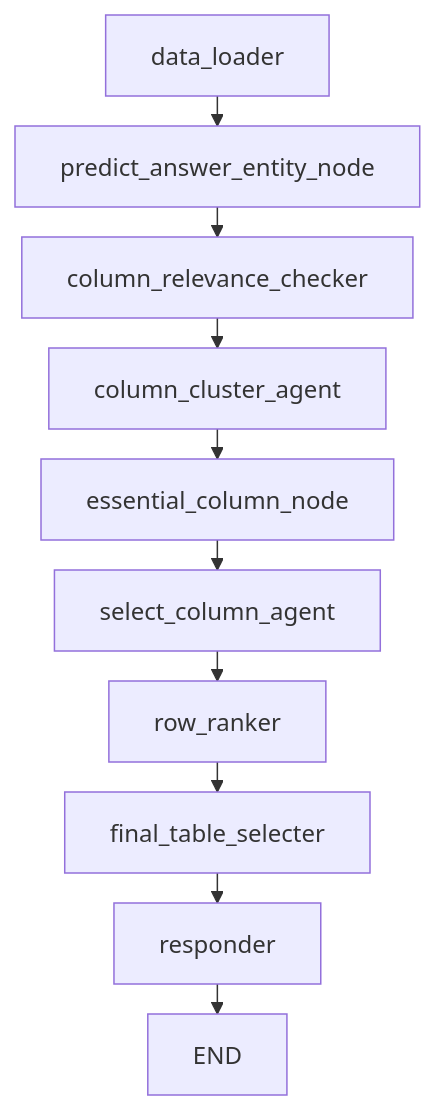
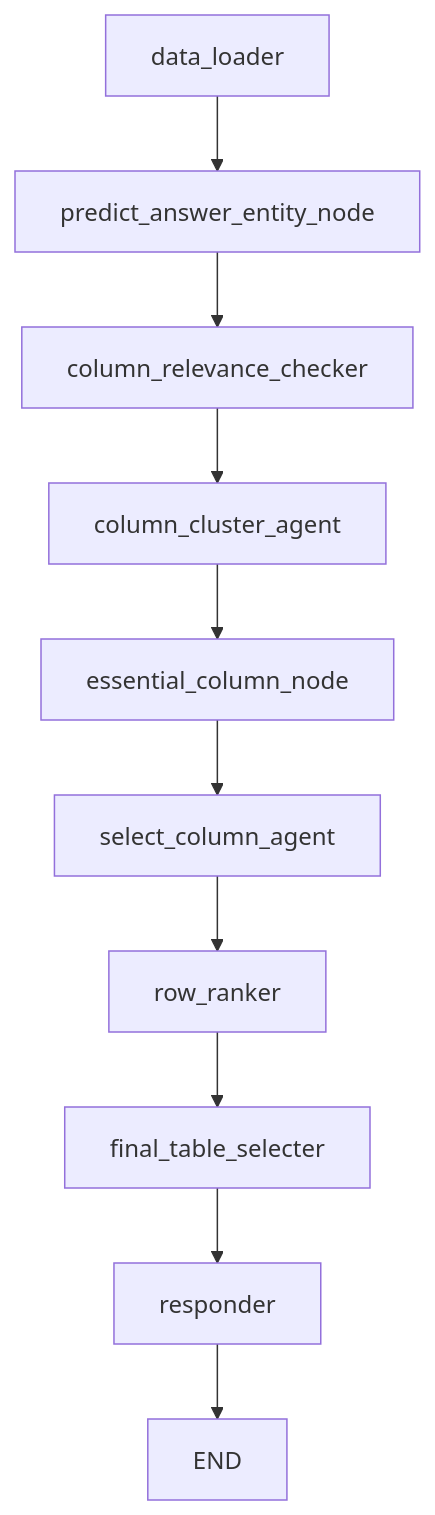
Before and after one commit to torijune/ATF-Adaptive-Table-Filtering-Framework: the first of 3 diagrams in README.md, drawn with Mermaid. The commit also changed other lines of this file, not shown here.

````diff
--- a/README.md
+++ b/README.md
@@ -52,24 +56,23 @@
 ```mermaid
-%%{init: {'theme':'default', 'flowchart': {'nodeSpacing': 20, 'rankSpacing': 20}}}%%
 graph TD
     A[data_loader]
     B[predict_answer_entity_node]
     C[column_relevance_checker]
     D[column_cluster_agent]
     E[essential_column_node]
     F[select_column_agent]
     G[row_ranker]
     H[final_table_selecter]
     I[responder]
     J[END]
 
     A --> B
     B --> C
     C --> D
     D --> E
     E --> F
     F --> G
     G --> H
     H --> I
     I --> J
 ```
````
